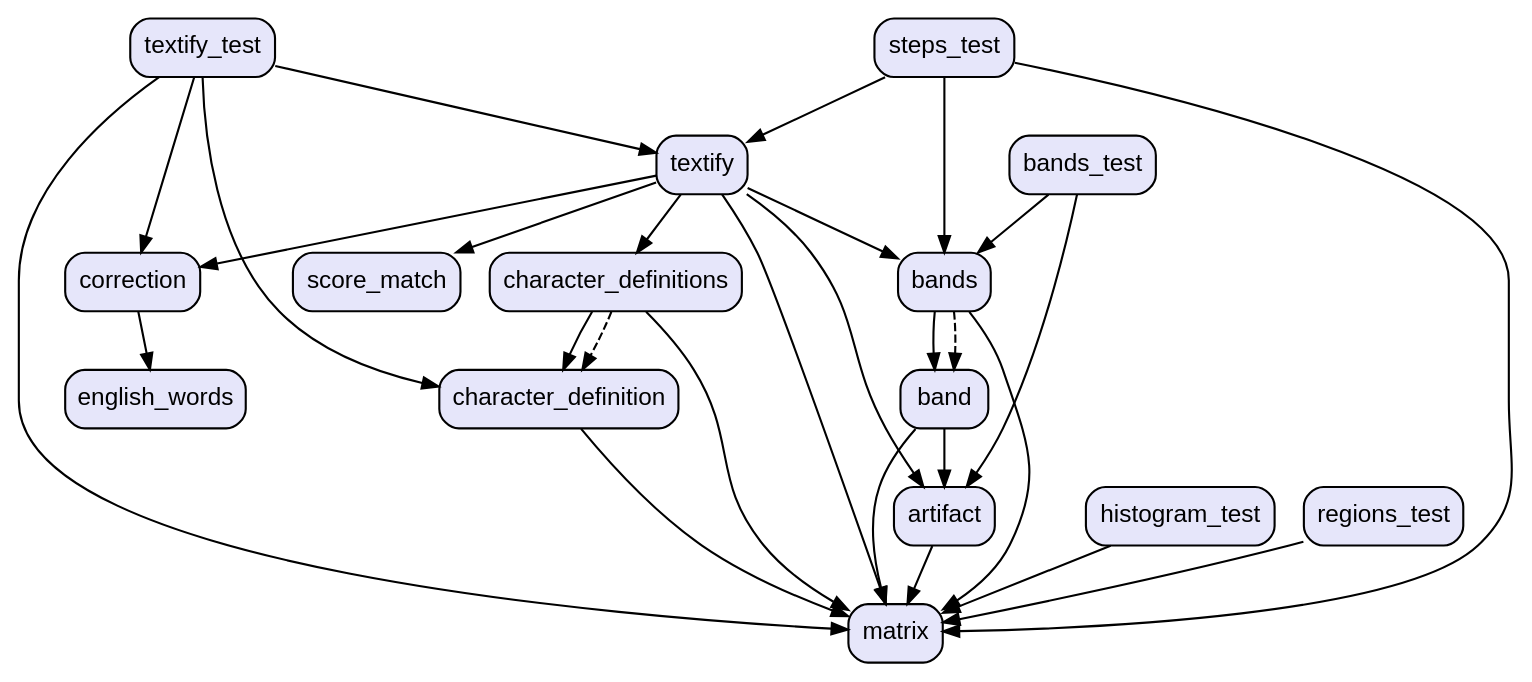
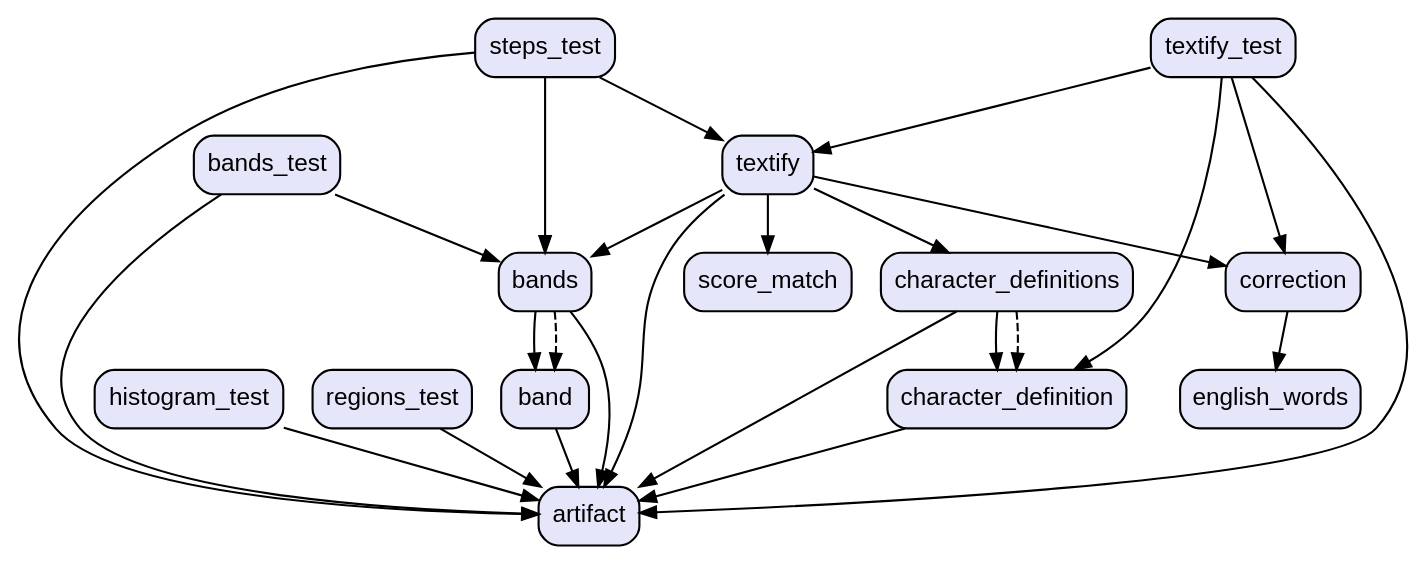
The diagram in graph.dot (vteam-com/TEXTify), drawn with Graphviz before and after one commit. The commit also changed 21 other files, not shown here.

Commit message:
merge matrix.dart into artifact.dart

```diff
--- a/graph.dot
+++ b/graph.dot
@@ -1,48 +1,44 @@
 digraph "" {
   graph [style=rounded fontname="Arial Black" fontsize=13 penwidth=2.6];
   node [shape=rect style="filled,rounded" fontname=Arial fontsize=15 fillcolor=Lavender penwidth=1.3];
   edge [penwidth=1.3];
   "/test/textify_test.dart" [label="textify_test"];
   "/test/bands_test.dart" [label="bands_test"];
   "/test/histogram_test.dart" [label="histogram_test"];
   "/test/regions_test.dart" [label="regions_test"];
   "/test/steps_test.dart" [label="steps_test"];
   "/lib/band.dart" [label="band"];
   "/lib/artifact.dart" [label="artifact"];
   "/lib/score_match.dart" [label="score_match"];
   "/lib/character_definition.dart" [label="character_definition"];
   "/lib/textify.dart" [label="textify"];
-  "/lib/matrix.dart" [label="matrix"];
   "/lib/character_definitions.dart" [label="character_definitions"];
   "/lib/correction.dart" [label="correction"];
   "/lib/english_words.dart" [label="english_words"];
   "/lib/bands.dart" [label="bands"];
+  "/test/textify_test.dart" -> "/lib/artifact.dart";
   "/test/textify_test.dart" -> "/lib/character_definition.dart";
   "/test/textify_test.dart" -> "/lib/correction.dart";
-  "/test/textify_test.dart" -> "/lib/matrix.dart";
   "/test/textify_test.dart" -> "/lib/textify.dart";
   "/test/bands_test.dart" -> "/lib/artifact.dart";
   "/test/bands_test.dart" -> "/lib/bands.dart";
-  "/test/histogram_test.dart" -> "/lib/matrix.dart";
-  "/test/regions_test.dart" -> "/lib/matrix.dart";
+  "/test/histogram_test.dart" -> "/lib/artifact.dart";
+  "/test/regions_test.dart" -> "/lib/artifact.dart";
+  "/test/steps_test.dart" -> "/lib/artifact.dart";
   "/test/steps_test.dart" -> "/lib/bands.dart";
-  "/test/steps_test.dart" -> "/lib/matrix.dart";
   "/test/steps_test.dart" -> "/lib/textify.dart";
   "/lib/band.dart" -> "/lib/artifact.dart";
-  "/lib/band.dart" -> "/lib/matrix.dart";
-  "/lib/artifact.dart" -> "/lib/matrix.dart";
-  "/lib/character_definition.dart" -> "/lib/matrix.dart";
+  "/lib/character_definition.dart" -> "/lib/artifact.dart";
   "/lib/textify.dart" -> "/lib/artifact.dart";
   "/lib/textify.dart" -> "/lib/bands.dart";
   "/lib/textify.dart" -> "/lib/character_definitions.dart";
   "/lib/textify.dart" -> "/lib/correction.dart";
-  "/lib/textify.dart" -> "/lib/matrix.dart";
   "/lib/textify.dart" -> "/lib/score_match.dart";
+  "/lib/character_definitions.dart" -> "/lib/artifact.dart";
   "/lib/character_definitions.dart" -> "/lib/character_definition.dart";
-  "/lib/character_definitions.dart" -> "/lib/matrix.dart";
   "/lib/character_definitions.dart" -> "/lib/character_definition.dart" [style=dashed];
   "/lib/correction.dart" -> "/lib/english_words.dart";
+  "/lib/bands.dart" -> "/lib/artifact.dart";
   "/lib/bands.dart" -> "/lib/band.dart";
-  "/lib/bands.dart" -> "/lib/matrix.dart";
   "/lib/bands.dart" -> "/lib/band.dart" [style=dashed];
 }
```
